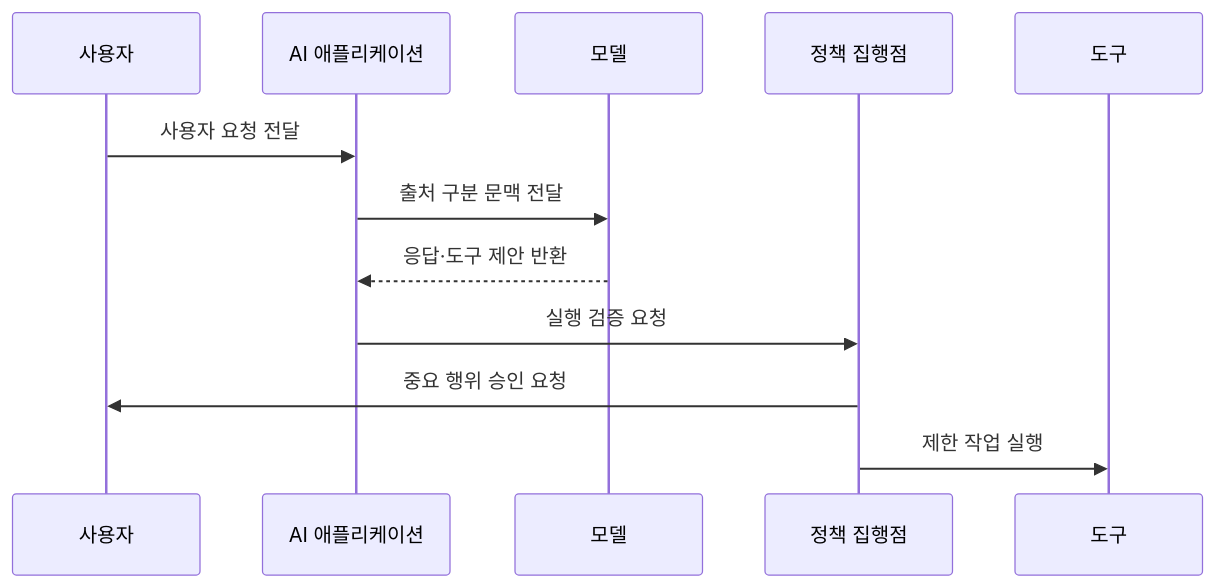
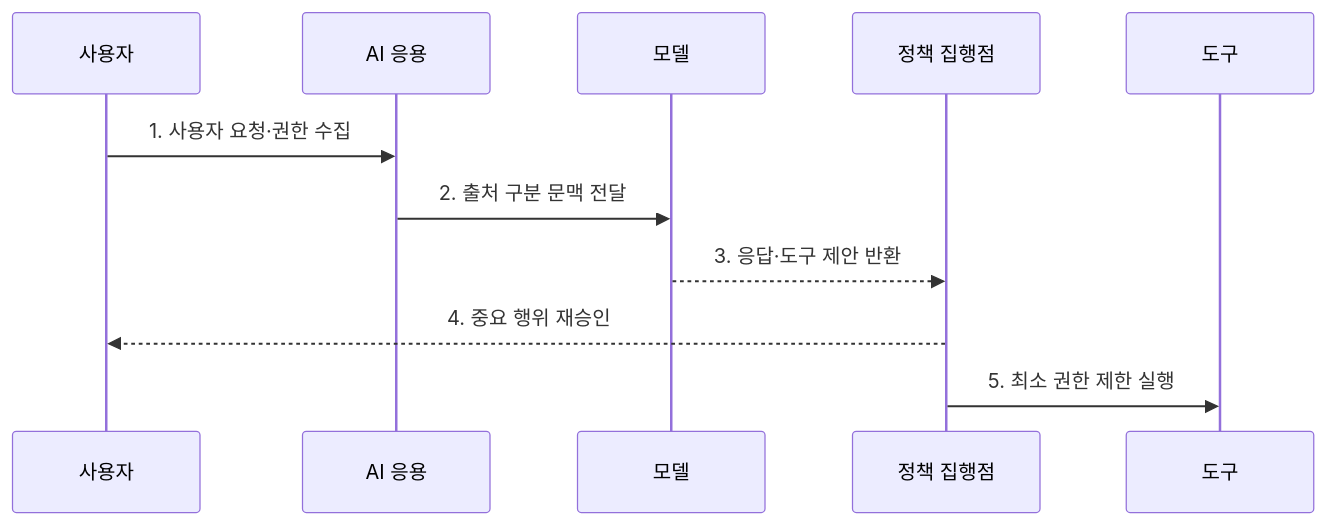
One commit to agnusdei1207/knowledge-base changed the second of 2 diagrams in src/content/docs/notes/05-security/079_prompt_injection.md. Above: the diagram before and after it, drawn with Mermaid. The commit also changed other lines of this file and 8 other files, not shown here.

````diff
--- a/src/content/docs/notes/05-security/079_prompt_injection.md
+++ b/src/content/docs/notes/05-security/079_prompt_injection.md
@@ -88,14 +84,13 @@
 ```mermaid
 sequenceDiagram
     participant U as 사용자
-    participant A as AI 애플리케이션
+    participant A as AI 응용
     participant M as 모델
     participant P as 정책 집행점
     participant T as 도구
-    U->>A: 사용자 요청 전달
-    A->>M: 출처 구분 문맥 전달
-    M-->>A: 응답·도구 제안 반환
-    A->>P: 실행 검증 요청
-    P->>U: 중요 행위 승인 요청
-    P->>T: 제한 작업 실행
+    U->>A: 1. 사용자 요청·권한 수집
+    A->>M: 2. 출처 구분 문맥 전달
+    M-->>P: 3. 응답·도구 제안 반환
+    P-->>U: 4. 중요 행위 재승인
+    P->>T: 5. 최소 권한 제한 실행
 ```
````
